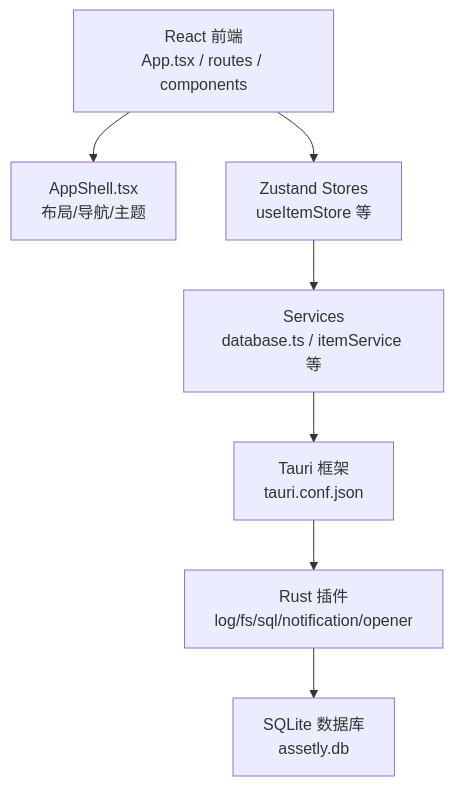
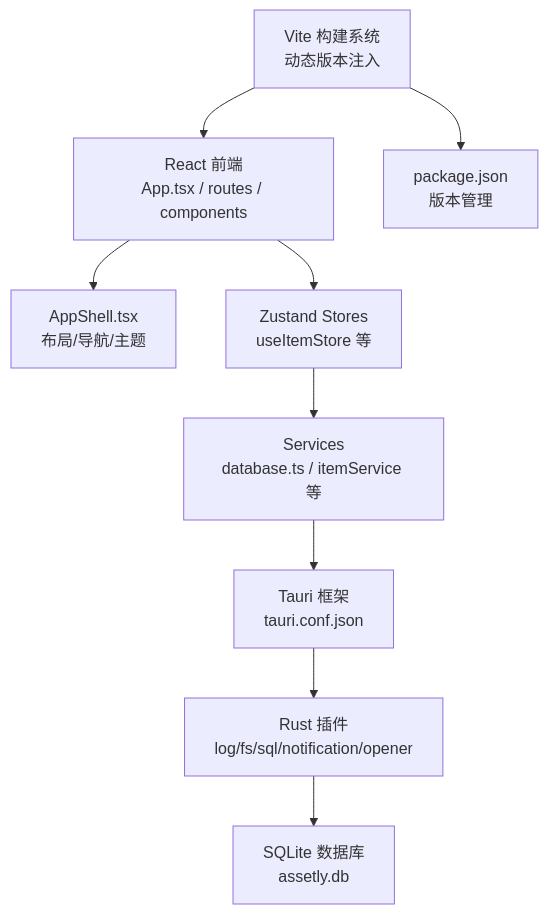
One commit to yn-zxj/Assetly changed the second of 8 diagrams in .qoder/repowiki/zh/content/开发指南/开发指南.md. Above: the diagram before and after it, drawn with Mermaid. The commit also changed other lines of this file and 16 other files, not shown here.

````diff
--- a/.qoder/repowiki/zh/content/开发指南/开发指南.md
+++ b/.qoder/repowiki/zh/content/开发指南/开发指南.md
@@ -99,16 +105,20 @@
 ```mermaid
 graph TB
 UI["React 前端<br/>App.tsx / routes / components"]
 Shell["AppShell.tsx<br/>布局/导航/主题"]
 Stores["Zustand Stores<br/>useItemStore 等"]
 Services["Services<br/>database.ts / itemService 等"]
 Tauri["Tauri 框架<br/>tauri.conf.json"]
 Plugins["Rust 插件<br/>log/fs/sql/notification/opener"]
 DB["SQLite 数据库<br/>assetly.db"]
+Vite["Vite 构建系统<br/>动态版本注入"]
+Package["package.json<br/>版本管理"]
 UI --> Shell
 UI --> Stores
 Stores --> Services
 Services --> Tauri
 Tauri --> Plugins
 Plugins --> DB
+Vite --> Package
+Vite --> UI
 ```
````
